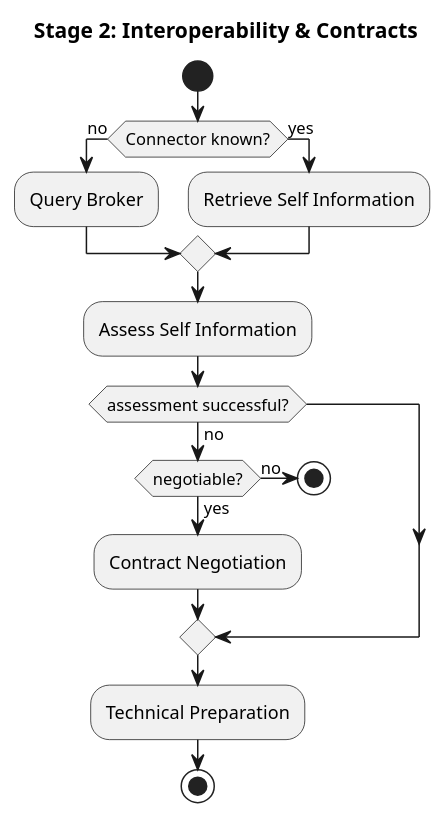
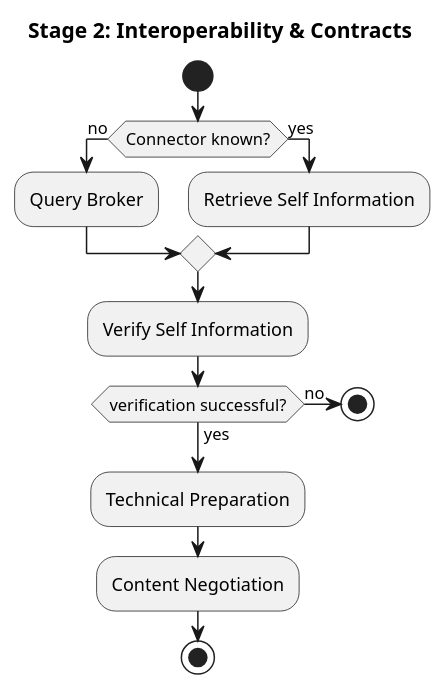
The diagram in stage2_interoperability.plantuml (IndustrialDataSpace/Documentation), drawn with PlantUML before and after one commit.

Commit message:
changed order technical preparation / content negotiation

```diff
--- a/stage2_interoperability.plantuml
+++ b/stage2_interoperability.plantuml
@@ -1,27 +1,25 @@
 @startuml
 
 start
 
 title Stage 2: Interoperability & Contracts
 
 if (Connector known?) then (no)
     :Query Broker;
 else (yes)
     :Retrieve Self Information;
 endif
 
-:Assess Self Information;
+:Verify Self Information;
 
-if (assessment successful?) then (no)
-    if (negotiable?) then (yes)
-        :Contract Negotiation;
+if (verification successful?) then (yes)
     else (no)
         stop
-    endif
 endif
 
 :Technical Preparation;
+:Content Negotiation;
 
 stop
 
 @enduml
```
